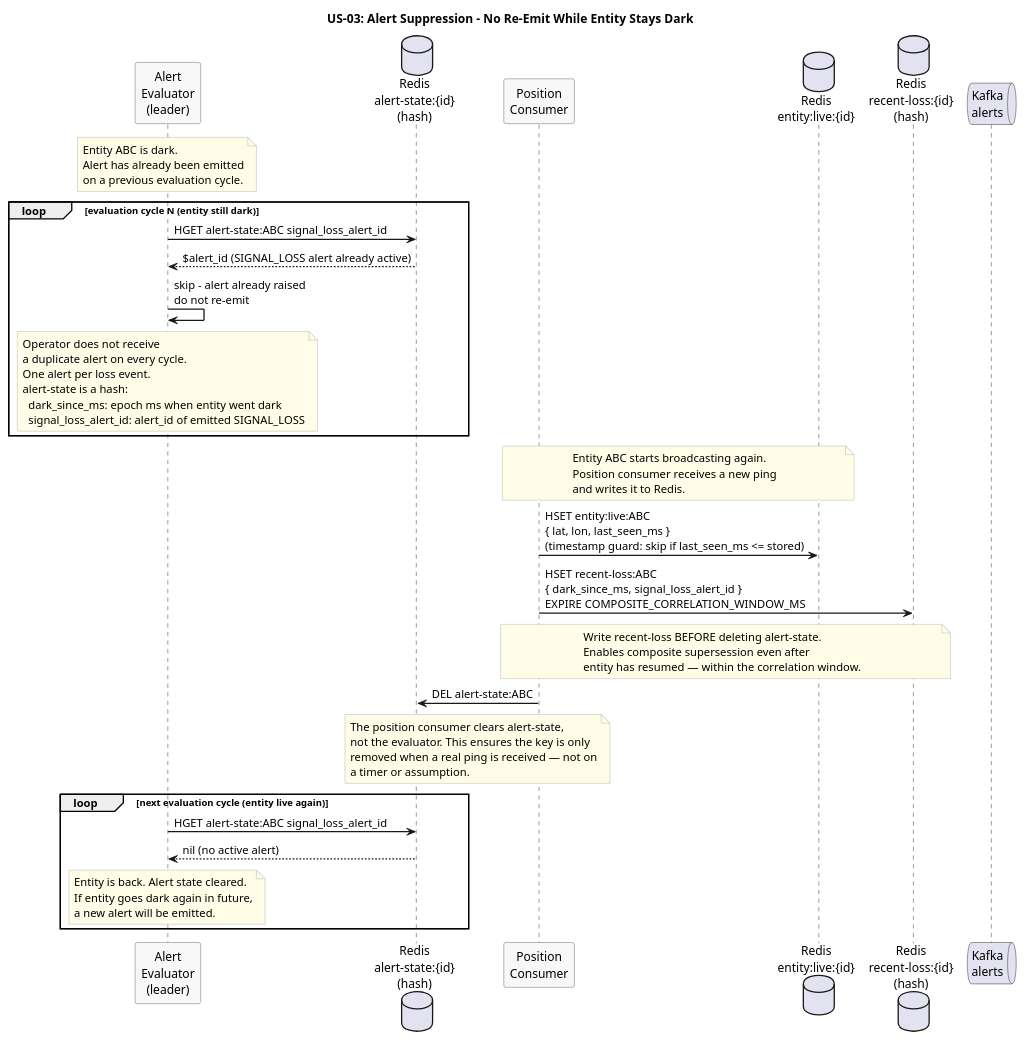
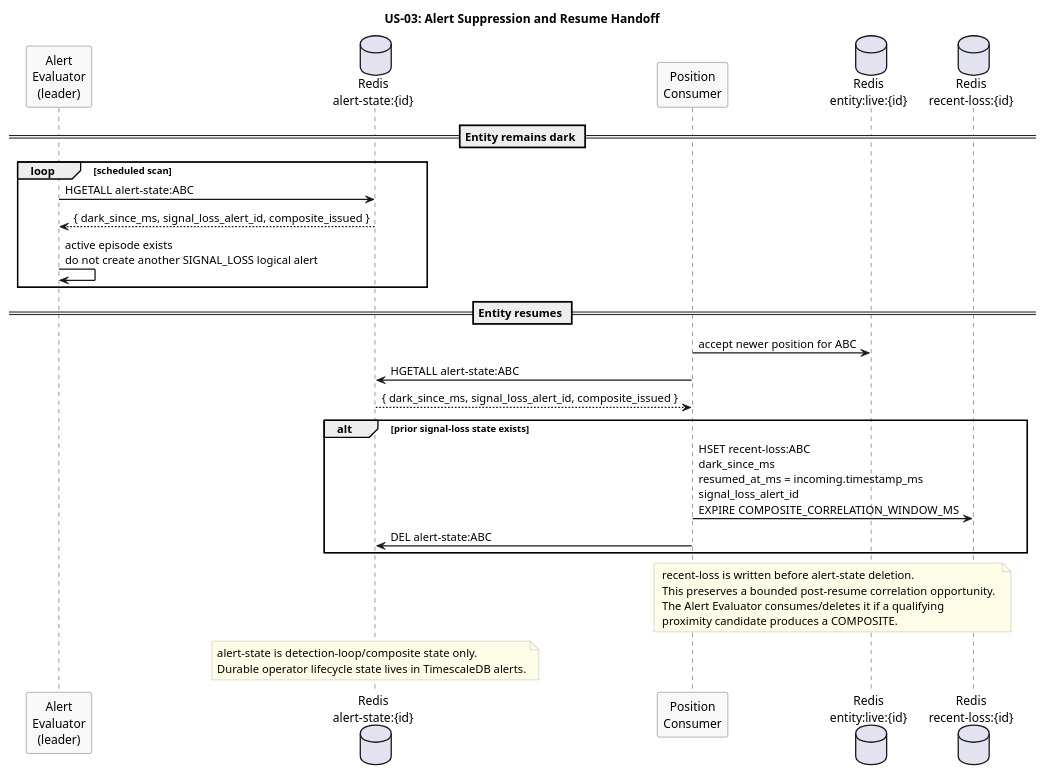
Before and after one commit to Buffden/sentinel: the diagram in docs/use-cases/US-03-signal-loss-alert/alert-suppression.puml, drawn with PlantUML. The commit also changed 7 other files, not shown here.

Commit message:
docs: fix remaining diagram contract drift

```diff
--- a/docs/use-cases/US-03-signal-loss-alert/alert-suppression.puml
+++ b/docs/use-cases/US-03-signal-loss-alert/alert-suppression.puml
@@ -1,71 +1,45 @@
 @startuml alert-suppression
-title US-03: Alert Suppression - No Re-Emit While Entity Stays Dark
+title US-03: Alert Suppression and Resume Handoff
 
 skinparam sequenceArrowThickness 1.5
 skinparam participantBorderColor #555555
 skinparam participantBackgroundColor #F8F8F8
 skinparam noteBorderColor #AAAAAA
 skinparam noteBackgroundColor #FFFDE7
 
 participant "Alert\nEvaluator\n(leader)" as Evaluator
-database "Redis\nalert-state:{id}\n(hash)" as AlertState
+database "Redis\nalert-state:{id}" as AlertState
 participant "Position\nConsumer" as Consumer
 database "Redis\nentity:live:{id}" as LiveState
-database "Redis\nrecent-loss:{id}\n(hash)" as RecentLoss
-queue "Kafka\nalerts" as Kafka
+database "Redis\nrecent-loss:{id}" as RecentLoss
 
-note over Evaluator
-  Entity ABC is dark.
-  Alert has already been emitted
-  on a previous evaluation cycle.
+== Entity remains dark ==
+loop scheduled scan
+  Evaluator -> AlertState : HGETALL alert-state:ABC
+  AlertState --> Evaluator : { dark_since_ms, signal_loss_alert_id, composite_issued }
+  Evaluator -> Evaluator : active episode exists\ndo not create another SIGNAL_LOSS logical alert
+end
+
+== Entity resumes ==
+Consumer -> LiveState : accept newer position for ABC
+Consumer -> AlertState : HGETALL alert-state:ABC
+AlertState --> Consumer : { dark_since_ms, signal_loss_alert_id, composite_issued }
+
+alt prior signal-loss state exists
+  Consumer -> RecentLoss : HSET recent-loss:ABC\ndark_since_ms\nresumed_at_ms = incoming.timestamp_ms\nsignal_loss_alert_id\nEXPIRE COMPOSITE_CORRELATION_WINDOW_MS
+  Consumer -> AlertState : DEL alert-state:ABC
+end
+
+note over Consumer, RecentLoss
+  recent-loss is written before alert-state deletion.
+  This preserves a bounded post-resume correlation opportunity.
+  The Alert Evaluator consumes/deletes it if a qualifying
+  proximity candidate produces a COMPOSITE.
 end note
 
-loop evaluation cycle N (entity still dark)
-  Evaluator -> AlertState : HGET alert-state:ABC signal_loss_alert_id
-  AlertState --> Evaluator : $alert_id (SIGNAL_LOSS alert already active)
-
-  Evaluator -> Evaluator : skip - alert already raised\ndo not re-emit
-
-  note over Evaluator
-    Operator does not receive
-    a duplicate alert on every cycle.
-    One alert per loss event.
-    alert-state is a hash:
-      dark_since_ms: epoch ms when entity went dark
-      signal_loss_alert_id: alert_id of emitted SIGNAL_LOSS
-  end note
-end
-
-note over Consumer, LiveState
-  Entity ABC starts broadcasting again.
-  Position consumer receives a new ping
-  and writes it to Redis.
+note over AlertState
+  alert-state is detection-loop/composite state only.
+  Durable operator lifecycle state lives in TimescaleDB alerts.
 end note
 
-Consumer -> LiveState : HSET entity:live:ABC\n{ lat, lon, last_seen_ms }\n(timestamp guard: skip if last_seen_ms <= stored)
-Consumer -> RecentLoss : HSET recent-loss:ABC\n{ dark_since_ms, signal_loss_alert_id }\nEXPIRE COMPOSITE_CORRELATION_WINDOW_MS
-note over Consumer, RecentLoss
-  Write recent-loss BEFORE deleting alert-state.
-  Enables composite supersession even after
-  entity has resumed — within the correlation window.
-end note
-Consumer -> AlertState : DEL alert-state:ABC
-note over Consumer, AlertState
-  The position consumer clears alert-state,
-  not the evaluator. This ensures the key is only
-  removed when a real ping is received — not on
-  a timer or assumption.
-end note
-
-loop next evaluation cycle (entity live again)
-  Evaluator -> AlertState : HGET alert-state:ABC signal_loss_alert_id
-  AlertState --> Evaluator : nil (no active alert)
-
-  note over Evaluator
-    Entity is back. Alert state cleared.
-    If entity goes dark again in future,
-    a new alert will be emitted.
-  end note
-end
-
 @enduml
```
